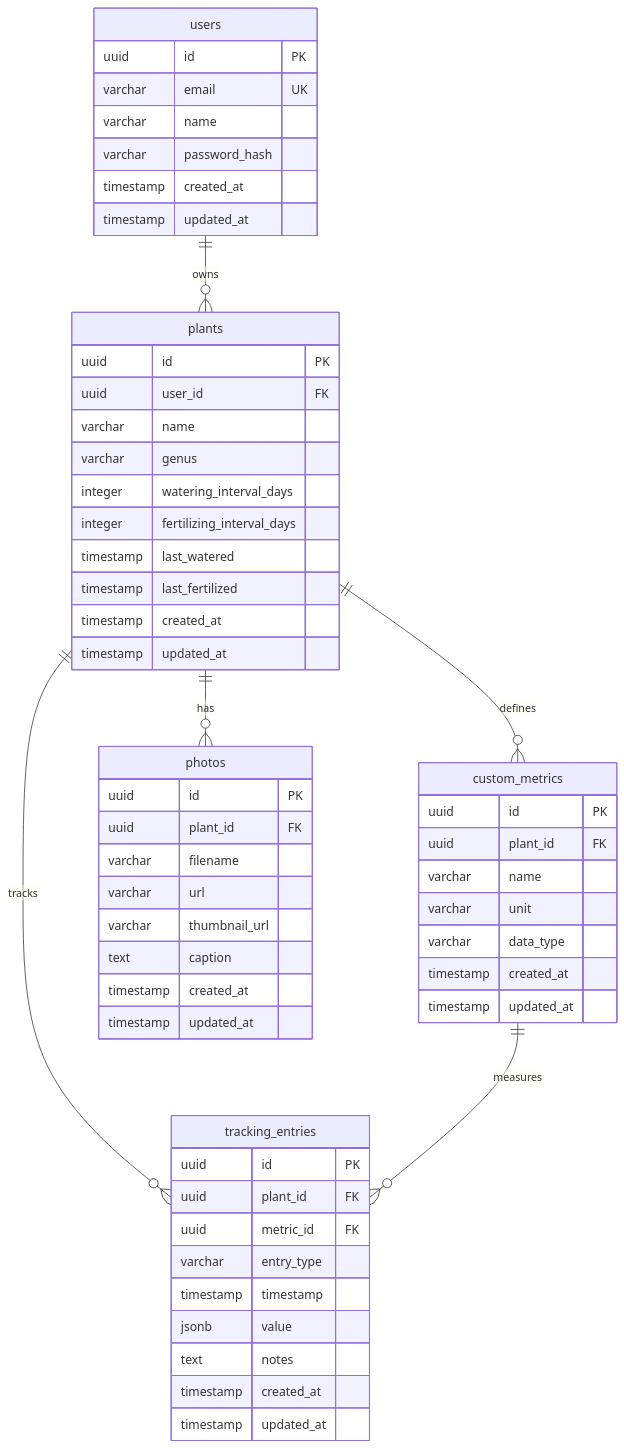
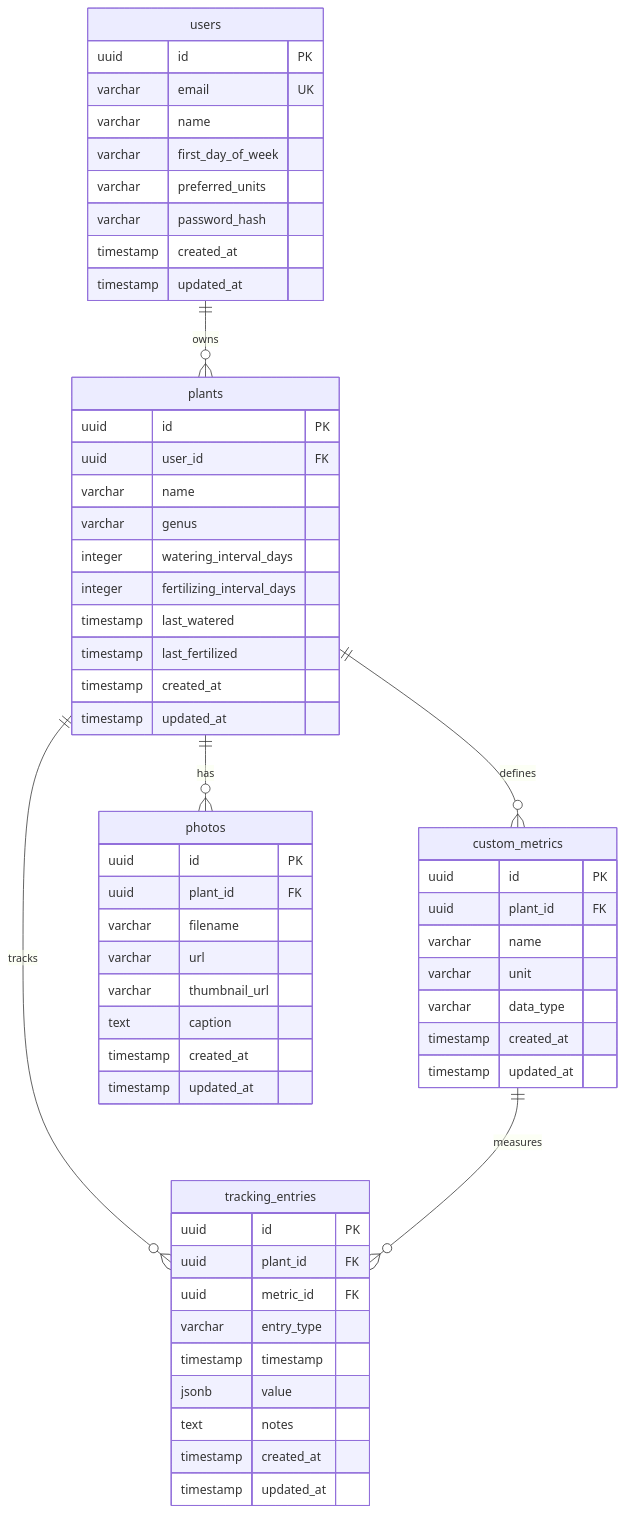
The diagram in backend/DATABASE_SCHEMA.md (ThomasConrad/PlantTracker), drawn with Mermaid before and after one commit. The commit also changed other lines of this file and 43 other files, not shown here.

Commit message:
Implement plant archive flow, move delete to edit, and overhaul mobile PWA nav/layout

````diff
--- a/backend/DATABASE_SCHEMA.md
+++ b/backend/DATABASE_SCHEMA.md
@@ -7,63 +7,65 @@
 ```mermaid
 erDiagram
     users {
         uuid id PK
         varchar email UK
         varchar name
+        varchar first_day_of_week
+        varchar preferred_units
         varchar password_hash
         timestamp created_at
         timestamp updated_at
     }
     
     plants {
         uuid id PK
         uuid user_id FK
         varchar name
         varchar genus
         integer watering_interval_days
         integer fertilizing_interval_days
         timestamp last_watered
         timestamp last_fertilized
         timestamp created_at
         timestamp updated_at
     }
     
     custom_metrics {
         uuid id PK
         uuid plant_id FK
         varchar name
         varchar unit
         varchar data_type
         timestamp created_at
         timestamp updated_at
     }
     
     photos {
         uuid id PK
         uuid plant_id FK
         varchar filename
         varchar url
         varchar thumbnail_url
         text caption
         timestamp created_at
         timestamp updated_at
     }
     
     tracking_entries {
         uuid id PK
         uuid plant_id FK
         uuid metric_id FK
         varchar entry_type
         timestamp timestamp
         jsonb value
         text notes
         timestamp created_at
         timestamp updated_at
     }
     
     users ||--o{ plants : owns
     plants ||--o{ custom_metrics : defines
     plants ||--o{ photos : has
     plants ||--o{ tracking_entries : tracks
     custom_metrics ||--o{ tracking_entries : measures
 ```
````
